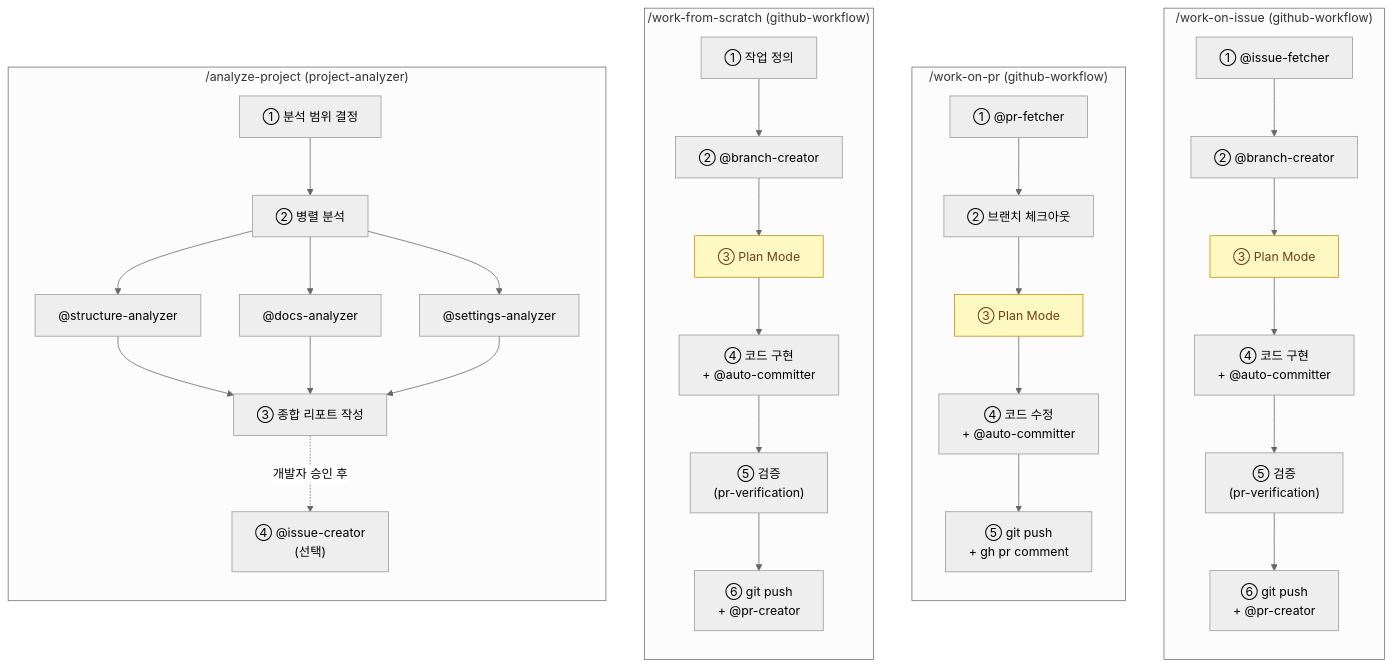
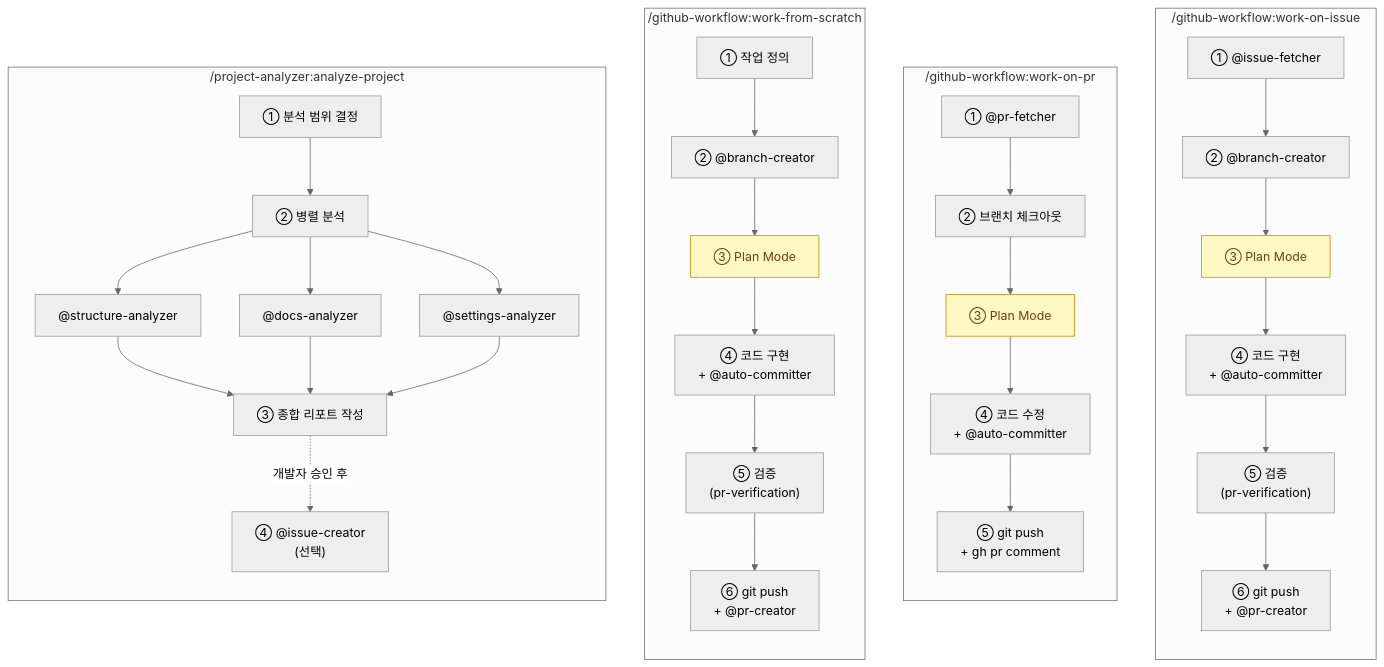
Before and after one commit to iamhoonse-dev/hoonse-claude-plugins: the second of 3 diagrams in README.md, drawn with Mermaid (neutral theme). The commit also changed other lines of this file and 11 other files, not shown here.

````diff
--- a/README.md
+++ b/README.md
@@ -42,56 +42,56 @@
 ```mermaid
 graph TB
-    subgraph WOI ["/work-on-issue  (github-workflow)"]
+    subgraph WOI ["/github-workflow:work-on-issue"]
         direction TB
         WOI1["① @issue-fetcher"]
         WOI2["② @branch-creator"]
         WOI3["③ Plan Mode"]
         WOI4["④ 코드 구현\n+ @auto-committer"]
         WOI5["⑤ 검증\n(pr-verification)"]
         WOI6["⑥ git push\n+ @pr-creator"]
         WOI1 --> WOI2 --> WOI3 --> WOI4 --> WOI5 --> WOI6
     end
 
-    subgraph WOP ["/work-on-pr  (github-workflow)"]
+    subgraph WOP ["/github-workflow:work-on-pr"]
         direction TB
         WOP1["① @pr-fetcher"]
         WOP2["② 브랜치 체크아웃"]
         WOP3["③ Plan Mode"]
         WOP4["④ 코드 수정\n+ @auto-committer"]
         WOP5["⑤ git push\n+ gh pr comment"]
         WOP1 --> WOP2 --> WOP3 --> WOP4 --> WOP5
     end
 
-    subgraph WFS ["/work-from-scratch  (github-workflow)"]
+    subgraph WFS ["/github-workflow:work-from-scratch"]
         direction TB
         WFS1["① 작업 정의"]
         WFS2["② @branch-creator"]
         WFS3["③ Plan Mode"]
         WFS4["④ 코드 구현\n+ @auto-committer"]
         WFS5["⑤ 검증\n(pr-verification)"]
         WFS6["⑥ git push\n+ @pr-creator"]
         WFS1 --> WFS2 --> WFS3 --> WFS4 --> WFS5 --> WFS6
     end
 
-    subgraph ANAP ["/analyze-project  (project-analyzer)"]
+    subgraph ANAP ["/project-analyzer:analyze-project"]
         direction TB
         ANAP0["① 분석 범위 결정"]
         ANAP1["② 병렬 분석"]
         ANA1["@structure-analyzer"]
         ANA2["@docs-analyzer"]
         ANA3["@settings-analyzer"]
         ANAP2["③ 종합 리포트 작성"]
         ANA4["④ @issue-creator\n(선택)"]
         ANAP0 --> ANAP1
         ANAP1 --> ANA1
         ANAP1 --> ANA2
         ANAP1 --> ANA3
         ANA1 --> ANAP2
         ANA2 --> ANAP2
         ANA3 --> ANAP2
         ANAP2 -. "개발자 승인 후" .-> ANA4
     end
 
     classDef plan fill:#fef9c3,stroke:#ca8a04,color:#713f12
     class WOI3,WOP3,WFS3 plan
 ```
````
